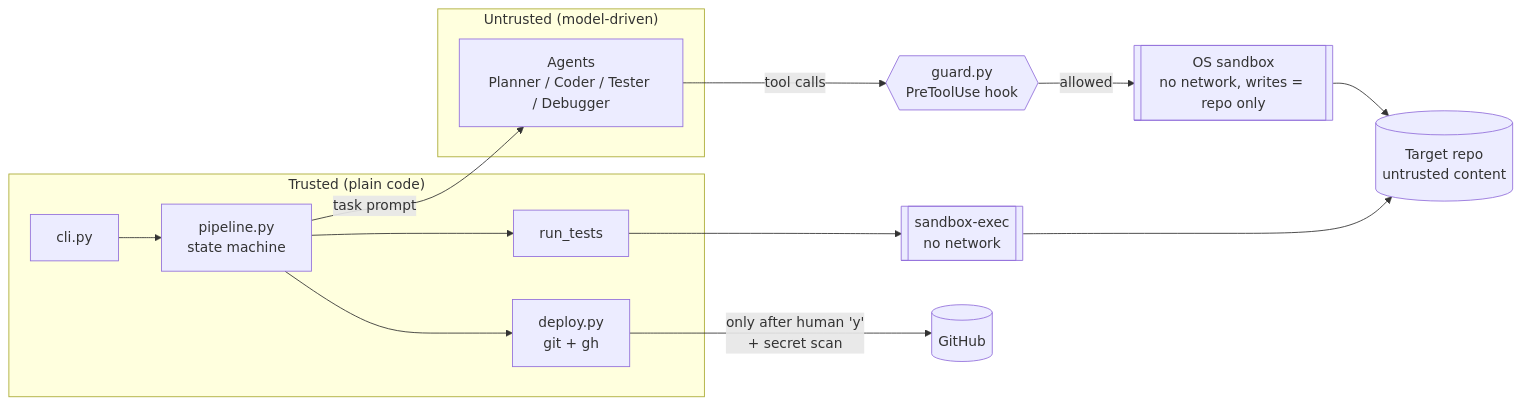
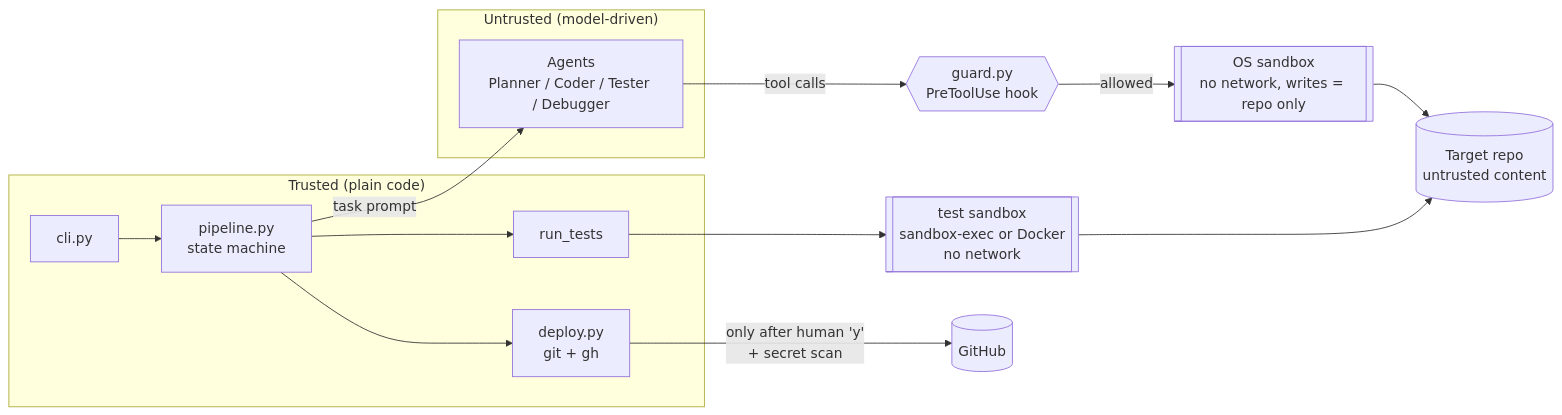
One commit to Khyalddinniazi/devagent changed the diagram in docs/THREAT_MODEL.md. Above: the diagram before and after it, drawn with Mermaid. The commit also changed other lines of this file and 12 other files, not shown here.

Commit message:
Docker test sandbox: sandboxed test runs on Linux; scrub secrets from test env

````diff
--- a/docs/THREAT_MODEL.md
+++ b/docs/THREAT_MODEL.md
@@ -31,18 +31,18 @@
 ```mermaid
 flowchart LR
     subgraph Trusted["Trusted (plain code)"]
         CLI[cli.py] --> P[pipeline.py<br/>state machine]
         P --> D[deploy.py<br/>git + gh]
         P --> T[run_tests]
     end
     subgraph Untrusted["Untrusted (model-driven)"]
         A[Agents<br/>Planner / Coder / Tester / Debugger]
     end
     R[(Target repo<br/>untrusted content)]
     P -- "task prompt" --> A
     A -- "tool calls" --> G{{guard.py<br/>PreToolUse hook}}
     G -- allowed --> S[[OS sandbox<br/>no network, writes = repo only]]
     S --> R
-    T --> S2[[sandbox-exec<br/>no network]] --> R
+    T --> S2[[test sandbox<br/>sandbox-exec or Docker<br/>no network]] --> R
     D -- "only after human 'y'<br/>+ secret scan" --> GH[(GitHub)]
 ```
````
